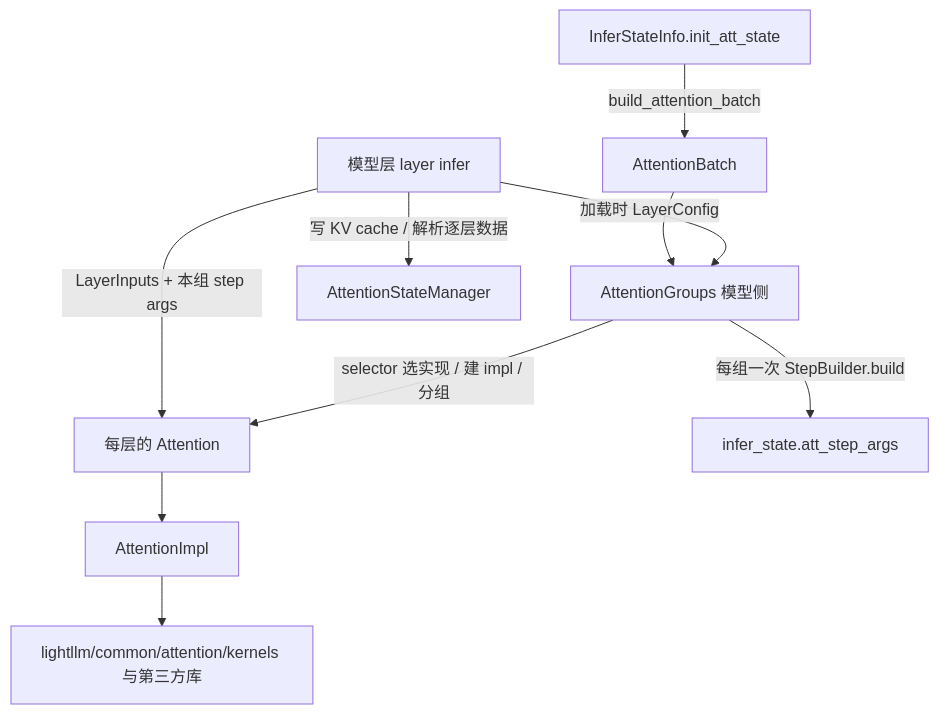
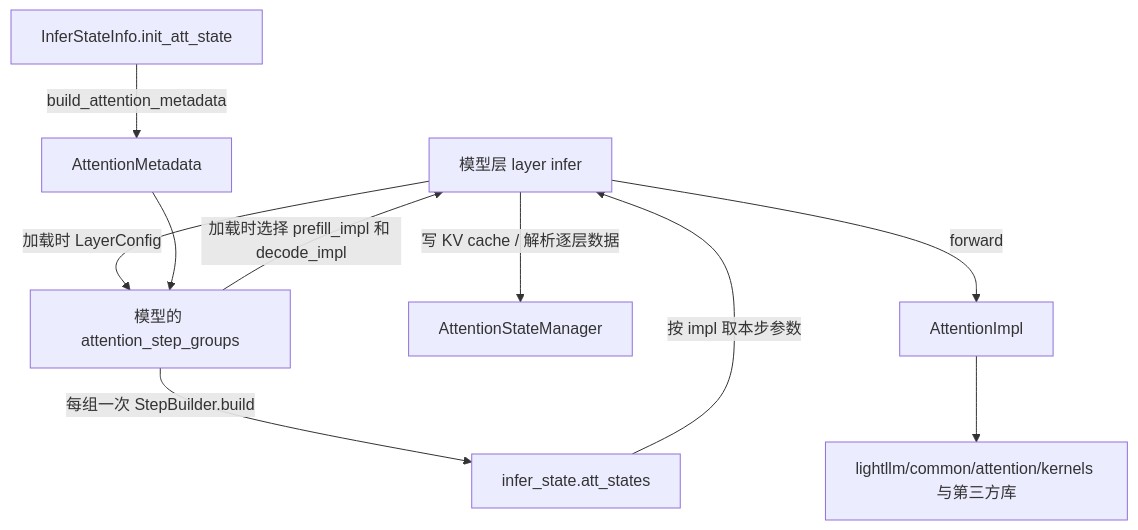
One commit to ModelTC/LightLLM changed the first of 2 diagrams in docs/CN/source/framework/attention_backend_design.md. Above: the diagram before and after it, drawn with Mermaid. The commit also changed other lines of this file and 92 other files, not shown here.

Commit message:
refactor(attention): pass per-microbatch state directly to layer implementations

````diff
--- a/docs/CN/source/framework/attention_backend_design.md
+++ b/docs/CN/source/framework/attention_backend_design.md
@@ -18,12 +18,12 @@
 ```mermaid
 flowchart TD
-    Layer[模型层 layer infer] -->|加载时 LayerConfig| Groups[AttentionGroups 模型侧]
-    Groups -->|selector 选实现 / 建 impl / 分组| Attn[每层的 Attention]
-    Infer[InferStateInfo.init_att_state] -->|build_attention_batch| Batch[AttentionBatch]
+    Layer[模型层 layer infer] -->|加载时 LayerConfig| Groups[模型的 attention_step_groups]
+    Groups -->|加载时选择 prefill_impl 和 decode_impl| Layer
+    Infer[InferStateInfo.init_att_state] -->|build_attention_metadata| Batch[AttentionMetadata]
     Batch --> Groups
-    Groups -->|每组一次 StepBuilder.build| StepArgs[infer_state.att_step_args]
+    Groups -->|每组一次 StepBuilder.build| AttState[infer_state.att_states]
     Layer -->|写 KV cache / 解析逐层数据| State[AttentionStateManager]
-    Layer -->|LayerInputs + 本组 step args| Attn
-    Attn --> Impl[AttentionImpl]
+    AttState -->|按 impl 取本步参数| Layer
+    Layer -->|forward| Impl[AttentionImpl]
     Impl --> Kernels[lightllm/common/attention/kernels 与第三方库]
 ```
````
